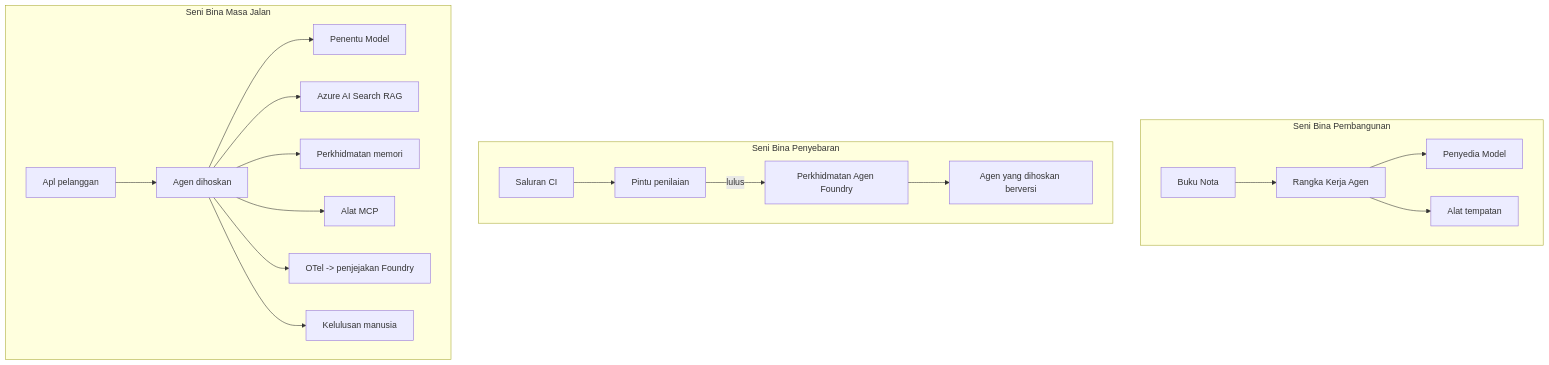
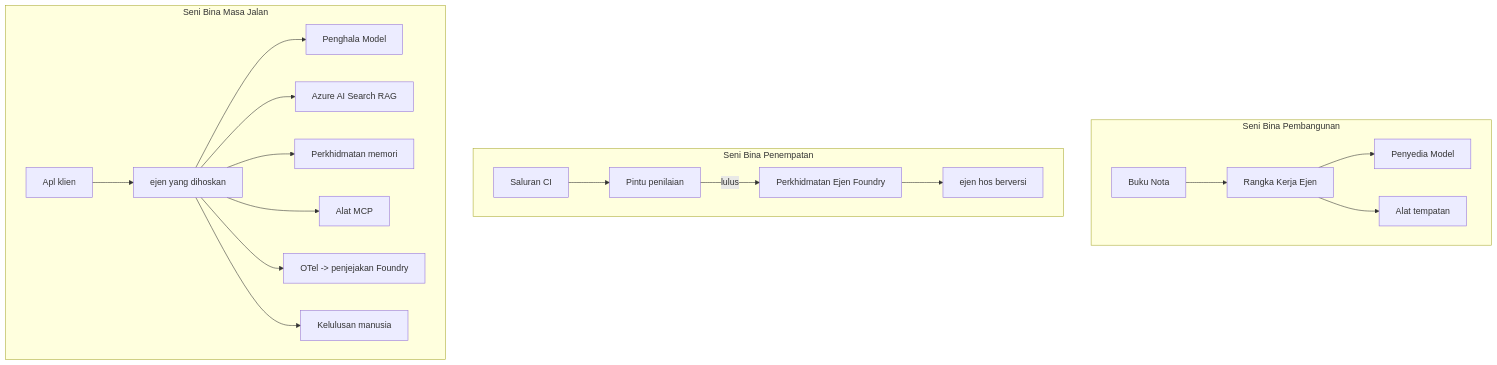
One commit to gabrielmoreira/agent-skills-mirror changed the fourth of 4 diagrams in mirrors/repos/microsoft@ai-agents-for-beginners/translations/ms/16-deploying-scalable-agents/README.md. Above: the diagram before and after it, drawn with Mermaid. The commit also changed other lines of this file and 3581 other files, not shown here.

````diff
--- a/mirrors/repos/microsoft@ai-agents-for-beginners/translations/ms/16-deploying-scalable-agents/README.md
+++ b/mirrors/repos/microsoft@ai-agents-for-beginners/translations/ms/16-deploying-scalable-agents/README.md
@@ -185,22 +185,22 @@
 ```mermaid
 flowchart TB
     subgraph Dev[Seni Bina Pembangunan]
-        D1[Buku Nota] --> D2[Rangka Kerja Agen]
+        D1[Buku Nota] --> D2[Rangka Kerja Ejen]
         D2 --> D3[Penyedia Model]
         D2 --> D4[Alat tempatan]
     end
-    subgraph Deploy[Seni Bina Penyebaran]
+    subgraph Deploy[Seni Bina Penempatan]
         E1[Saluran CI] --> E2[Pintu penilaian]
-        E2 -->|lulus| E3[Perkhidmatan Agen Foundry]
-        E3 --> E4[Agen yang dihoskan berversi]
+        E2 -->|lulus| E3[Perkhidmatan Ejen Foundry]
+        E3 --> E4[ejen hos berversi]
     end
     subgraph Run[Seni Bina Masa Jalan]
-        F1[Apl pelanggan] --> F2[Agen dihoskan]
-        F2 --> F3[Penentu Model]
+        F1[Apl klien] --> F2[ejen yang dihoskan]
+        F2 --> F3[Penghala Model]
         F2 --> F4[Azure AI Search RAG]
         F2 --> F5[Perkhidmatan memori]
         F2 --> F6[Alat MCP]
         F2 --> F7[OTel -> penjejakan Foundry]
         F2 --> F8[Kelulusan manusia]
     end
 ```
````
